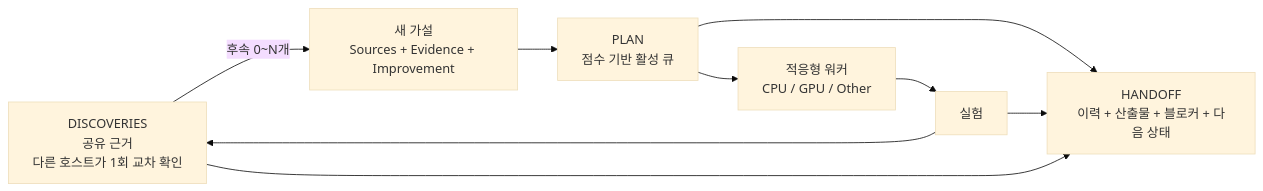
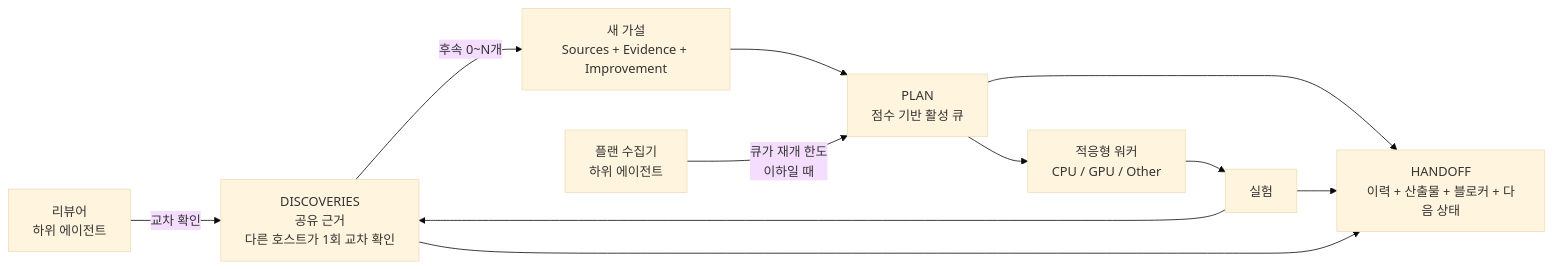
The first of 3 diagrams in README.ko.md (TaeyanG4/research-orchestrator-skill), drawn with Mermaid (base theme) before and after one commit. The commit also changed other lines of this file and 19 other files, not shown here.

````diff
--- a/README.ko.md
+++ b/README.ko.md
@@ -31,15 +31,17 @@
 ```mermaid
 flowchart LR
     D[DISCOVERIES<br/>공유 근거<br/>다른 호스트가 1회 교차 확인]
     H[새 가설<br/>Sources + Evidence + Improvement]
     P[PLAN<br/>점수 기반 활성 큐]
     W[적응형 워커<br/>CPU / GPU / Other]
     E[실험]
     O[HANDOFF<br/>이력 + 산출물 + 블로커 + 다음 상태]
 
     D -->|후속 0~N개| H
     H --> P --> W --> E --> D
+    C["플랜 수집기<br/>하위 에이전트"] -->|"큐가 재개 한도<br/>이하일 때"| P
+    R["리뷰어<br/>하위 에이전트"] -->|교차 확인| D
     P --> O
     E --> O
     D --> O
 ```
````
